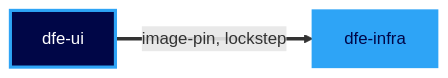
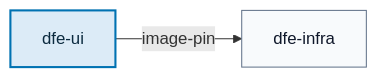
The tenth of 19 diagrams in docs/suite-graph.md (hyperi-io/dfe-infra), drawn with Mermaid before and after one commit. The commit also changed other lines of this file and 5 other files, not shown here.

First line of the commit message:
fix(suite-graph): draw the suite diagrams to the diagram standard

````diff
--- a/docs/suite-graph.md
+++ b/docs/suite-graph.md
@@ -252,8 +345,14 @@
 ```mermaid
 flowchart LR
-  dfe_ui["dfe-ui"]:::producer
-  dfe_infra["dfe-infra"]:::suite
-  dfe_ui ==>|image-pin, lockstep| dfe_infra
-  classDef suite fill:#2EA4F6,stroke:#2EA4F6,stroke-width:2px,color:#000647
-  classDef producer fill:#000647,stroke:#2EA4F6,stroke-width:3px,color:#FFFFFF
+    accTitle: L4 Detail -- dfe-ui build cycle
+    accDescr: A dfe-ui release puts 1 consumer in motion. dfe-infra takes image-pin.
+
+    dfe_ui["dfe-ui"]
+    dfe_infra["dfe-infra"]
+
+    dfe_ui -->|image-pin| dfe_infra
+
+    classDef default fill:#F8FAFC,stroke:#64748B,stroke-width:1px,color:#0F172A
+    classDef core fill:#DCEBF7,stroke:#0072B2,stroke-width:2px,color:#0B2A3F
+    class dfe_ui core
 ```
````
